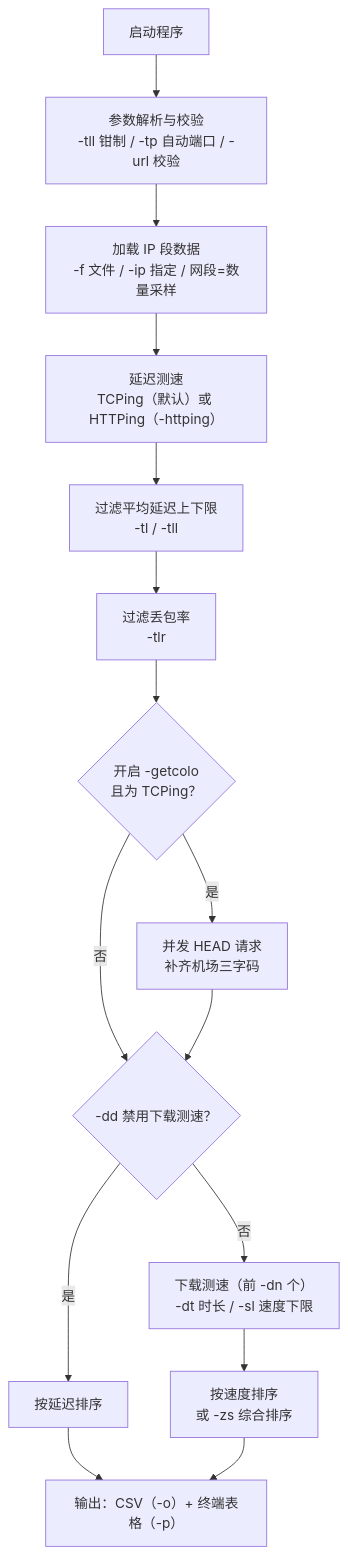
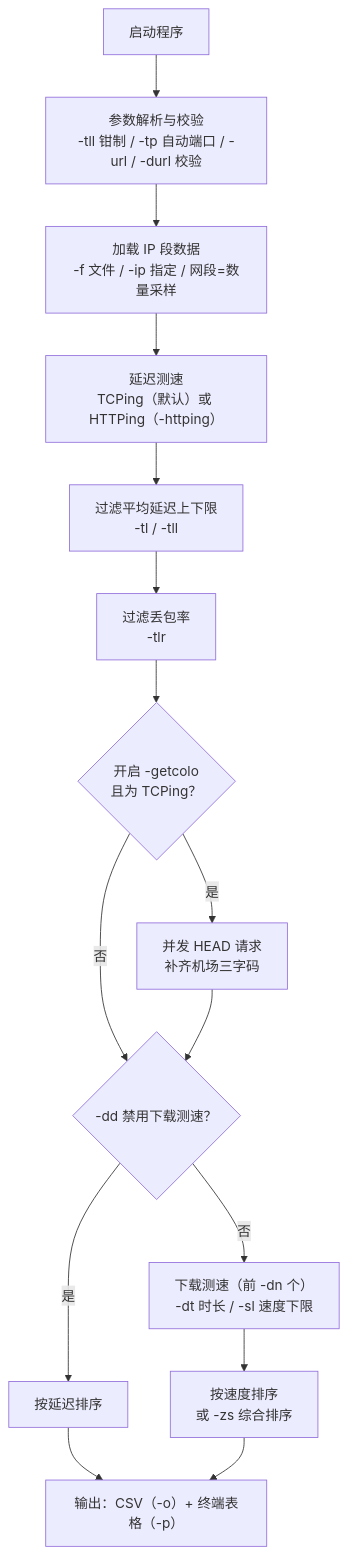
The first of 2 diagrams in README.md (masgzy/CloudflareST), drawn with Mermaid before and after one commit. The commit also changed other lines of this file and 4 other files, not shown here.

First line of the commit message:
feat: 延迟测速与下载测速地址分离 -url / -durl (v2.3.5-mod-3.5)

````diff
--- a/README.md
+++ b/README.md
@@ -150,17 +150,17 @@
 ```mermaid
 flowchart TD
-    A[启动程序] --> B[参数解析与校验<br/>-tll 钳制 / -tp 自动端口 / -url 校验]
+    A[启动程序] --> B[参数解析与校验<br/>-tll 钳制 / -tp 自动端口 / -url / -durl 校验]
     B --> C[加载 IP 段数据<br/>-f 文件 / -ip 指定 / 网段=数量采样]
     C --> D[延迟测速<br/>TCPing（默认）或 HTTPing（-httping）]
     D --> E[过滤平均延迟上下限<br/>-tl / -tll]
     E --> F[过滤丢包率<br/>-tlr]
     F --> G{开启 -getcolo<br/>且为 TCPing？}
     G -- 是 --> H[并发 HEAD 请求<br/>补齐机场三字码]
     G -- 否 --> I
     H --> I{-dd 禁用下载测速？}
     I -- 是 --> J[按延迟排序]
     I -- 否 --> K[下载测速（前 -dn 个）<br/>-dt 时长 / -sl 速度下限]
     K --> L[按速度排序<br/>或 -zs 综合排序]
     J --> M[输出：CSV（-o）+ 终端表格（-p）]
     L --> M
 ```
````
